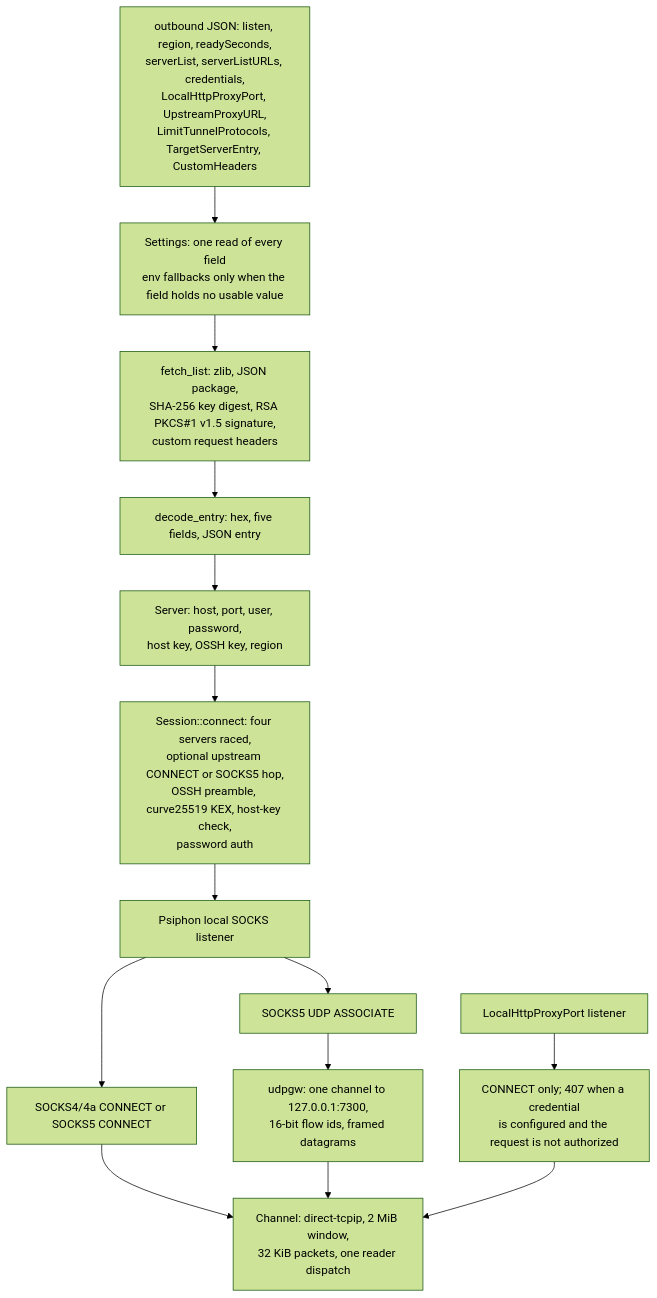
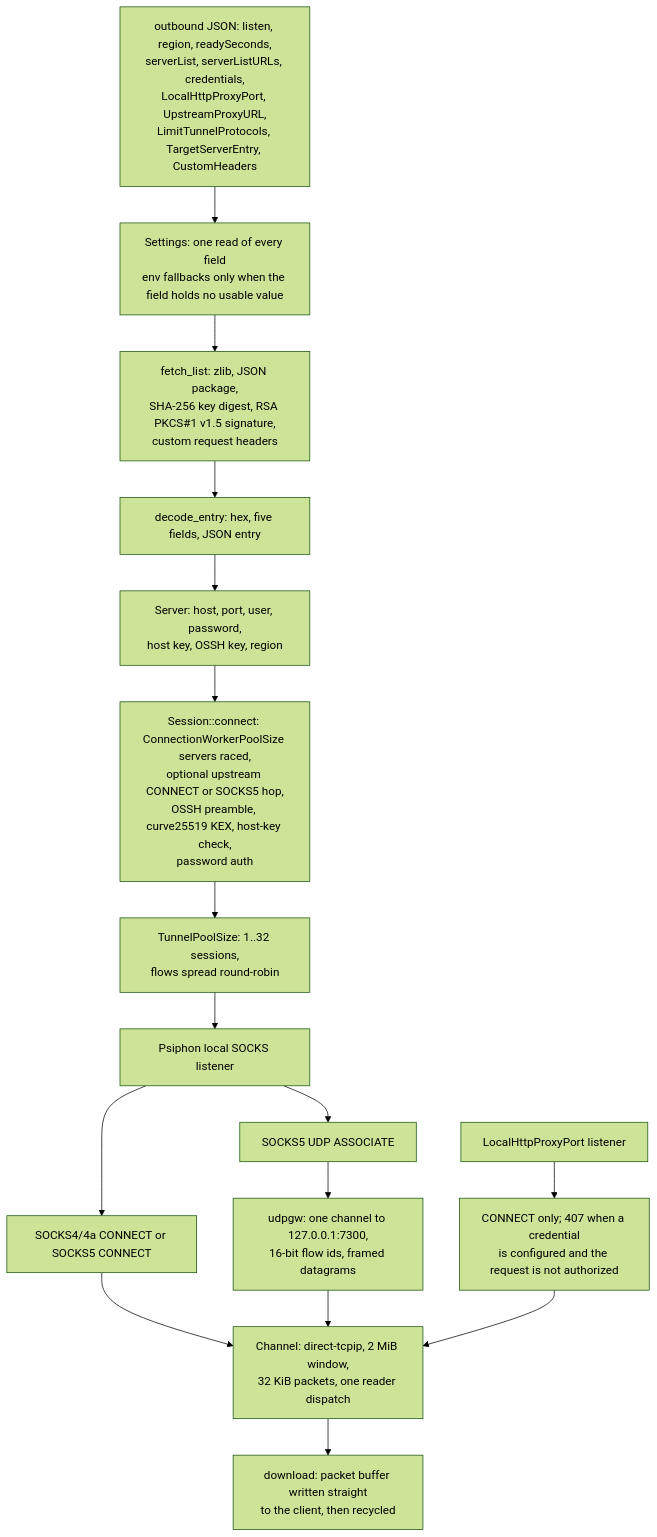
One commit to Ferrocite/ferrox changed the diagram in docs/function/carrier-psiphon.md. Above: the diagram before and after it, drawn with Mermaid (forest theme). The commit also changed other lines of this file and 6 other files, not shown here.

Commit message:
psiphon: pool tunnels, reuse packet buffers, and honor the fork settings

````diff
--- a/docs/function/carrier-psiphon.md
+++ b/docs/function/carrier-psiphon.md
@@ -7,16 +7,18 @@
 ```mermaid
 graph TD
     A["outbound JSON: listen, region, readySeconds,<br/>serverList, serverListURLs, credentials,<br/>LocalHttpProxyPort, UpstreamProxyURL,<br/>LimitTunnelProtocols, TargetServerEntry, CustomHeaders"] --> B["Settings: one read of every field<br/>env fallbacks only when the field holds no usable value"]
-    B --> C["fetch_list: zlib, JSON package,<br/>SHA-256 key digest, RSA PKCS#1 v1.5 signature,<br/>custom request headers"]
+    B["Settings: one read of every field<br/>env fallbacks only when the field holds no usable value"] --> C["fetch_list: zlib, JSON package,<br/>SHA-256 key digest, RSA PKCS#1 v1.5 signature,<br/>custom request headers"]
     C --> D["decode_entry: hex, five fields, JSON entry"]
     D --> E["Server: host, port, user, password,<br/>host key, OSSH key, region"]
-    E --> F["Session::connect: four servers raced,<br/>optional upstream CONNECT or SOCKS5 hop,<br/>OSSH preamble, curve25519 KEX, host-key check,<br/>password auth"]
-    F --> G["Psiphon local SOCKS listener"]
+    E --> F["Session::connect: ConnectionWorkerPoolSize servers raced,<br/>optional upstream CONNECT or SOCKS5 hop,<br/>OSSH preamble, curve25519 KEX, host-key check,<br/>password auth"]
+    F --> P["TunnelPoolSize: 1..32 sessions,<br/>flows spread round-robin"]
+    P --> G["Psiphon local SOCKS listener"]
     G --> H["SOCKS4/4a CONNECT or SOCKS5 CONNECT"]
     H --> I["Channel: direct-tcpip, 2 MiB window,<br/>32 KiB packets, one reader dispatch"]
+    I --> Z["download: packet buffer written straight<br/>to the client, then recycled"]
     G --> J["SOCKS5 UDP ASSOCIATE"]
     J --> K["udpgw: one channel to 127.0.0.1:7300,<br/>16-bit flow ids, framed datagrams"]
     K --> I
     L["LocalHttpProxyPort listener"] --> M["CONNECT only; 407 when a credential<br/>is configured and the request is not authorized"]
     M --> I
 ```
````
